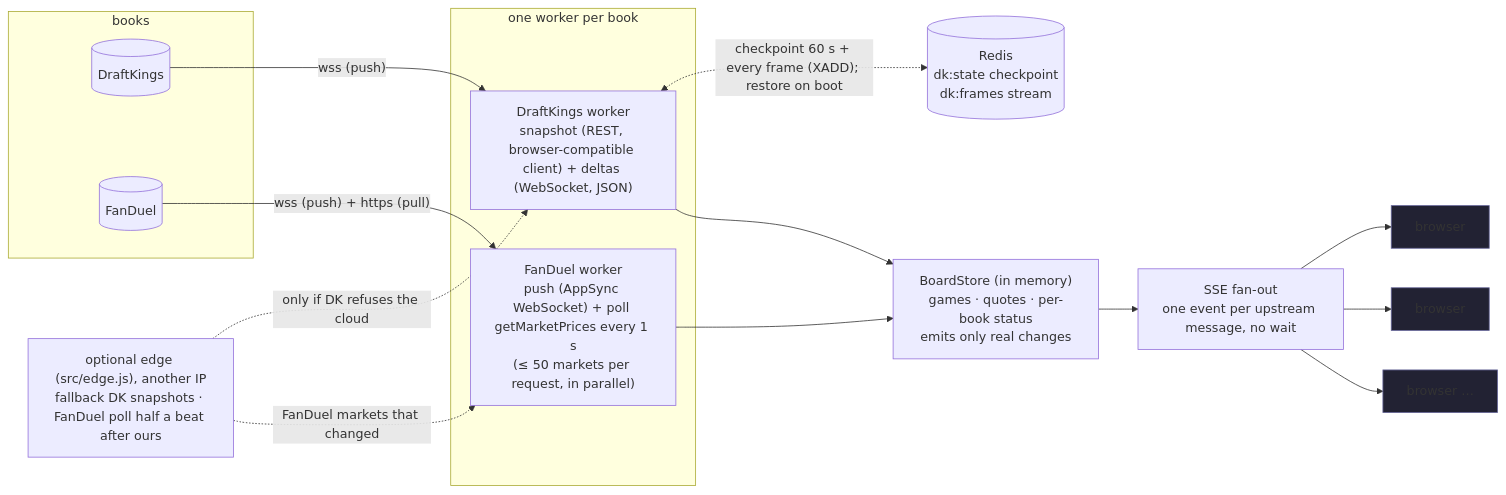
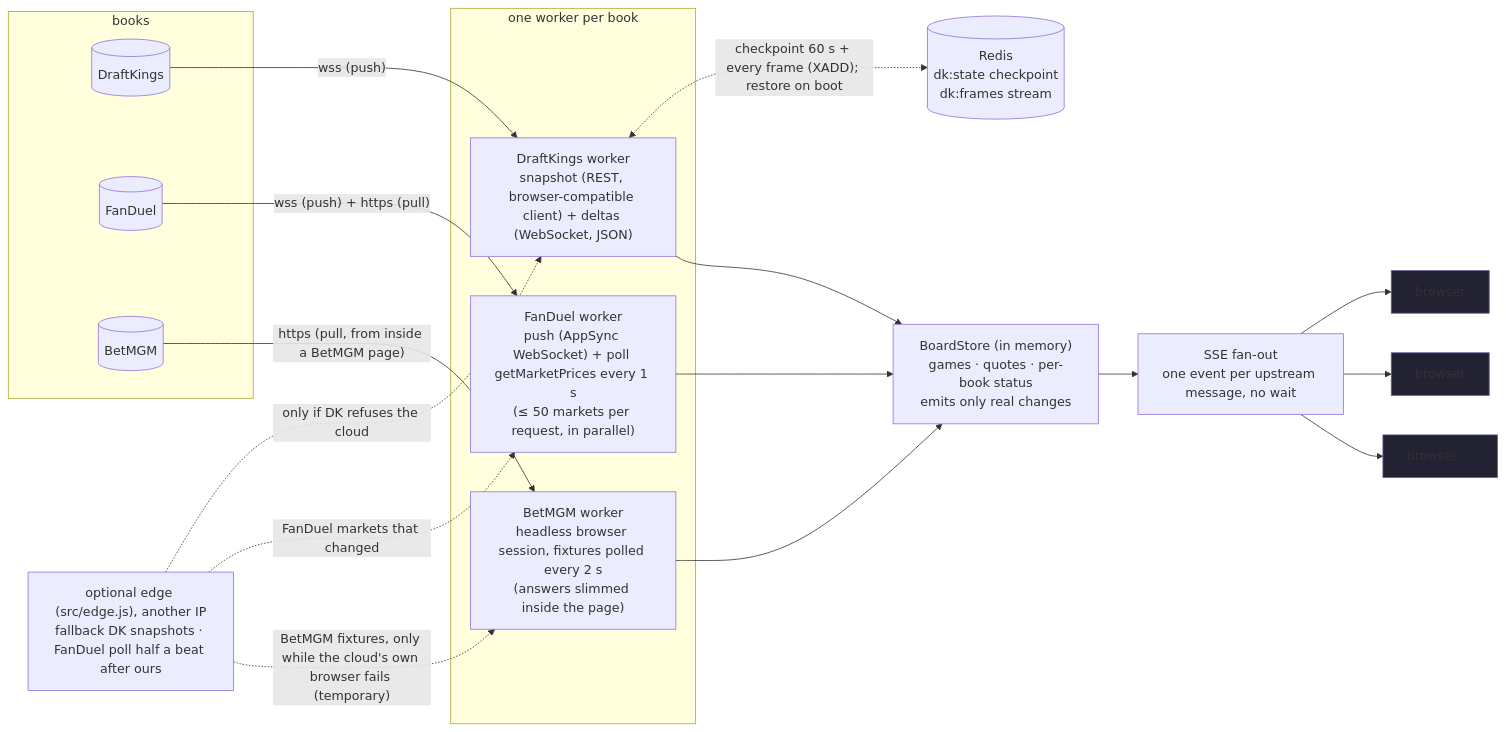
Before and after one commit to youngbizman/nfl-odds-board: the diagram in README.md, drawn with Mermaid. The commit also changed other lines of this file and 31 other files, not shown here.

Commit message:
Add BetMGM (Ontario): recorded endpoint, browser session, edge fallback, 15 tests

````diff
--- a/README.md
+++ b/README.md
@@ -108,27 +108,32 @@
 ```mermaid
 flowchart LR
   subgraph books
     DK[(DraftKings)]
     FD[(FanDuel)]
+    MGM[(BetMGM)]
   end
   subgraph ingestion["one worker per book"]
     DKW["DraftKings worker<br/>snapshot (REST, browser-compatible client) + deltas (WebSocket, JSON)"]
     FDW["FanDuel worker<br/>push (AppSync WebSocket) + poll getMarketPrices every 1 s<br/>(≤ 50 markets per request, in parallel)"]
+    MGMW["BetMGM worker<br/>headless browser session, fixtures polled every 2 s<br/>(answers slimmed inside the page)"]
   end
   STORE["BoardStore (in memory)<br/>games · quotes · per-book status<br/>emits only real changes"]
   REDIS[("Redis<br/>dk:state checkpoint<br/>dk:frames stream")]
   DKW <-. "checkpoint 60 s + every frame (XADD); restore on boot" .-> REDIS
   SSE["SSE fan-out<br/>one event per upstream message, no wait"]
   B1[browser]:::b
   B2[browser]:::b
   B3[browser …]:::b
   DK -- "wss (push)" --> DKW
   FD -- "wss (push) + https (pull)" --> FDW
+  MGM -- "https (pull, from inside a BetMGM page)" --> MGMW
   DKW --> STORE
   FDW --> STORE
+  MGMW --> STORE
   STORE --> SSE
   SSE --> B1 & B2 & B3
   EDGE["optional edge (src/edge.js), another IP<br/>fallback DK snapshots · FanDuel poll half a beat after ours"] -. "only if DK refuses the cloud" .-> DKW
   EDGE -. "FanDuel markets that changed" .-> FDW
+  EDGE -. "BetMGM fixtures, only while the cloud's own browser fails (temporary)" .-> MGMW
   classDef b fill:#223,stroke:#669
 ```
````
